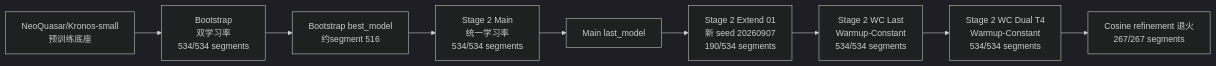
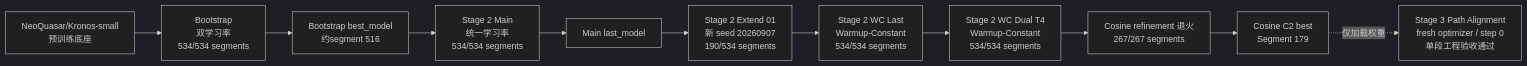
Before and after one commit to luckfu/Kronos: the first of 15 diagrams in finetune/SMALL_0_1_MODEL_AND_TRAINING_TECHNICAL_REPORT_CN.md, drawn with Mermaid (dark theme). The commit also changed other lines of this file and 6 other files, not shown here.

Commit message:
Document final Stage2 OOS audit and accepted Stage3 smoke; launch five-segment continuation

````diff
--- a/finetune/SMALL_0_1_MODEL_AND_TRAINING_TECHNICAL_REPORT_CN.md
+++ b/finetune/SMALL_0_1_MODEL_AND_TRAINING_TECHNICAL_REPORT_CN.md
@@ -13,11 +17,13 @@
 ```mermaid
 flowchart LR
     B[NeoQuasar/Kronos-small<br/>预训练底座] --> BT[Bootstrap<br/>双学习率<br/>534/534 segments]
     BT --> BB[Bootstrap best_model<br/>约segment 516]
     BB --> M[Stage 2 Main<br/>统一学习率<br/>534/534 segments]
     M --> L[Main last_model]
     L --> E[Stage 2 Extend 01<br/>新 seed 20260907<br/>190/534 segments]
     E --> WC[Stage 2 WC Last<br/>Warmup-Constant<br/>534/534 segments]
     WC --> WCN[Stage 2 WC Dual T4<br/>Warmup-Constant<br/>534/534 segments]
     WCN --> AN[Cosine refinement 退火<br/>267/267 segments]
+    AN --> C2B[Cosine C2 best<br/>Segment 179]
+    C2B -.仅加载权重.-> PA[Stage 3 Path Alignment<br/>fresh optimizer / step 0<br/>单段工程验收通过]
 ```
````
